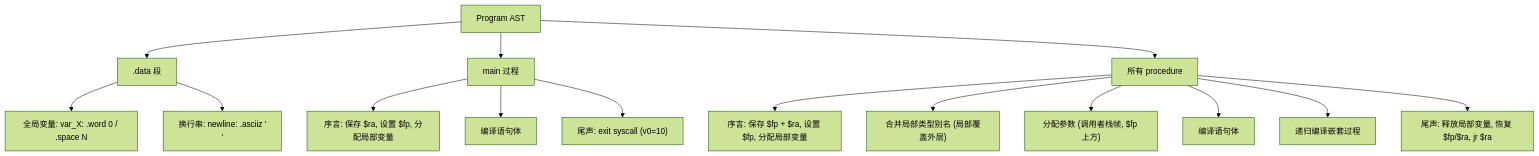
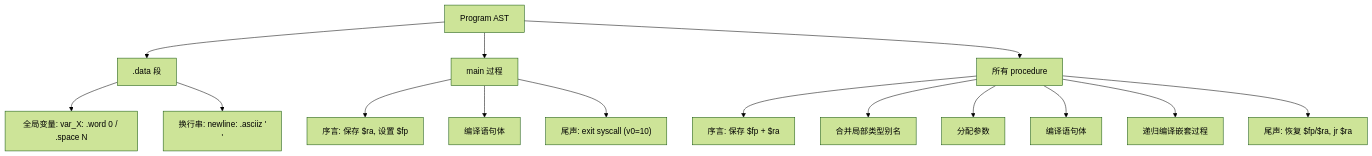
The eighth of 8 diagrams in PROGRAM_FLOW.md (ExTNT/snl_compiler), drawn with Mermaid (forest theme) before and after one commit. The commit also changed other lines of this file and 32 other files, not shown here.

````diff
--- a/PROGRAM_FLOW.md
+++ b/PROGRAM_FLOW.md
@@ -181,18 +203,18 @@
 ```mermaid
 flowchart TD
     PROG["Program AST"]
     PROG --> DATA[".data 段"]
     DATA --> DATA_GV["全局变量: var_X: .word 0 / .space N"]
     DATA --> DATA_NL["换行串: newline: .asciiz '\n'"]
     PROG --> MAIN["main 过程"]
-    MAIN --> MAIN_P["序言: 保存 $ra, 设置 $fp, 分配局部变量"]
+    MAIN --> MAIN_P["序言: 保存 $ra, 设置 $fp"]
     MAIN --> MAIN_B["编译语句体"]
     MAIN --> MAIN_E["尾声: exit syscall (v0=10)"]
     PROG --> PROC["所有 procedure"]
-    PROC --> PROC_P["序言: 保存 $fp + $ra, 设置 $fp, 分配局部变量"]
-    PROC --> PROC_A["合并局部类型别名 (局部覆盖外层)"]
-    PROC --> PROC_PARAM["分配参数 (调用者栈帧, $fp 上方)"]
+    PROC --> PROC_P["序言: 保存 $fp + $ra"]
+    PROC --> PROC_A["合并局部类型别名"]
+    PROC --> PROC_PARAM["分配参数"]
     PROC --> PROC_B["编译语句体"]
     PROC --> PROC_R["递归编译嵌套过程"]
-    PROC --> PROC_E["尾声: 释放局部变量, 恢复 $fp/$ra, jr $ra"]
+    PROC --> PROC_E["尾声: 恢复 $fp/$ra, jr $ra"]
 ```
````
